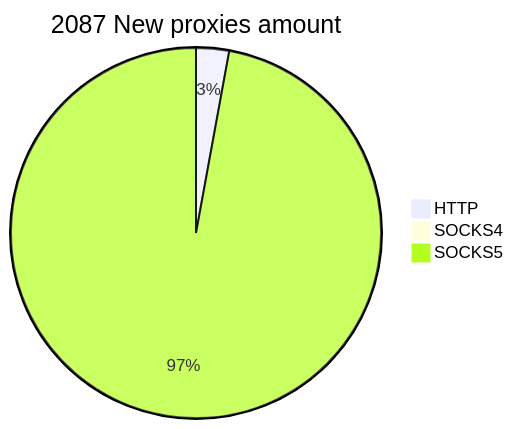
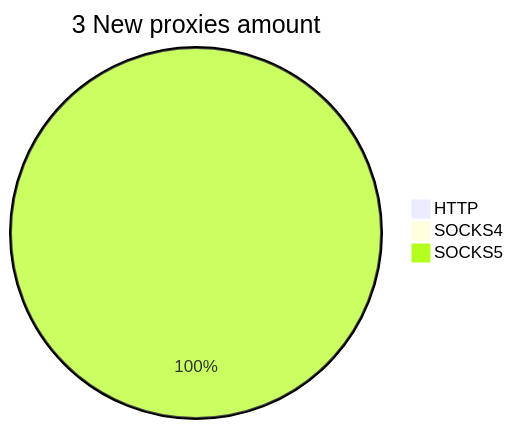
Before and after one commit to cutipu/proxylist: the second of 2 diagrams in README.md, drawn with Mermaid. The commit also changed other lines of this file, not shown here.

````diff
--- a/README.md
+++ b/README.md
@@ -10,6 +10,6 @@
 ```mermaid
-pie title 2087 New proxies amount
-    "HTTP" : 62
+pie title 3 New proxies amount
+    "HTTP" : 0
     "SOCKS4" : 0
-    "SOCKS5" : 2093
+    "SOCKS5" : 3
 ```
````
